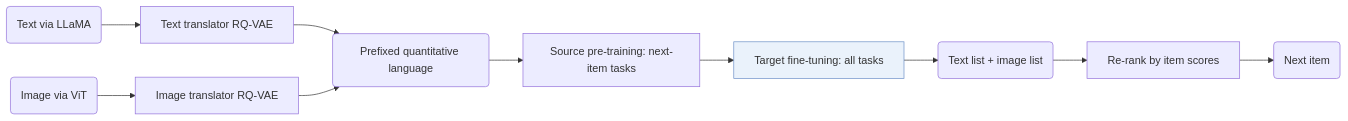
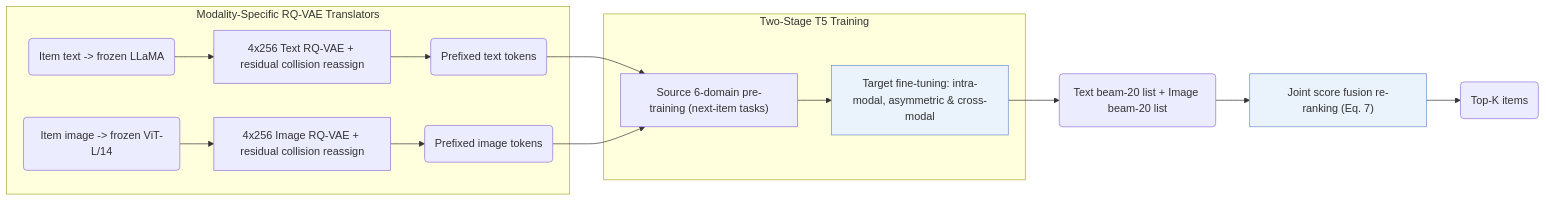
The diagram in notes/mql4grec.md (Galaxy-ghost/Awesome-SID-Generative-Rec), drawn with Mermaid before and after one commit. The commit also changed other lines of this file and 649 other files, not shown here.

Commit message:
writer-05: also tags and modality index (schema, check, build, visuals); summary field removed; calibration data for 12 papers

````diff
--- a/notes/mql4grec.md
+++ b/notes/mql4grec.md
@@ -13,13 +14,16 @@
 ```mermaid
 flowchart LR
-    A("Text via LLaMA") --> C["Text translator RQ-VAE"]
-    B("Image via ViT") --> D["Image translator RQ-VAE"]
-    C --> E("Prefixed quantitative language")
-    D --> E
-    E --> F["Source pre-training: next-item tasks"]
-    F --> G["Target fine-tuning: all tasks"]:::key
-    G --> H("Text list + image list")
-    H --> I["Re-rank by item scores"]
-    I --> J("Next item")
+    subgraph Dual["Modality-Specific RQ-VAE Translators"]
+        A("Item text -> frozen LLaMA") --> C["4x256 Text RQ-VAE + residual collision reassign"]
+        B("Item image -> frozen ViT-L/14") --> D["4x256 Image RQ-VAE + residual collision reassign"]
+        C --> E("Prefixed text tokens <a_*>")
+        D --> F("Prefixed image tokens <b_*>")
+    end
+    subgraph Transfer["Two-Stage T5 Training"]
+        E & F --> G["Source 6-domain pre-training (next-item tasks)"]
+        G --> H["Target fine-tuning: intra-modal, asymmetric & cross-modal"]:::key
+    end
+    H --> I("Text beam-20 list + Image beam-20 list")
+    I --> J["Joint score fusion re-ranking (Eq. 7)"]:::key --> K("Top-K items")
     classDef key fill:#eaf2fb,stroke:#6b8fc7
 ```
````
